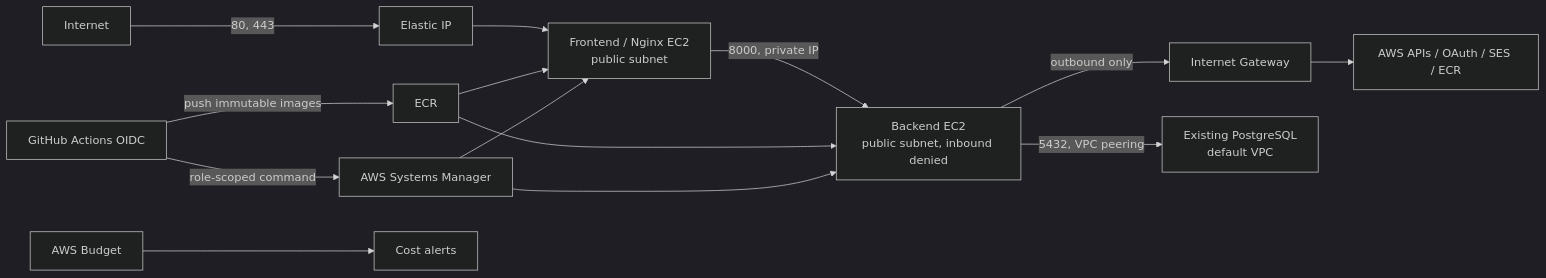
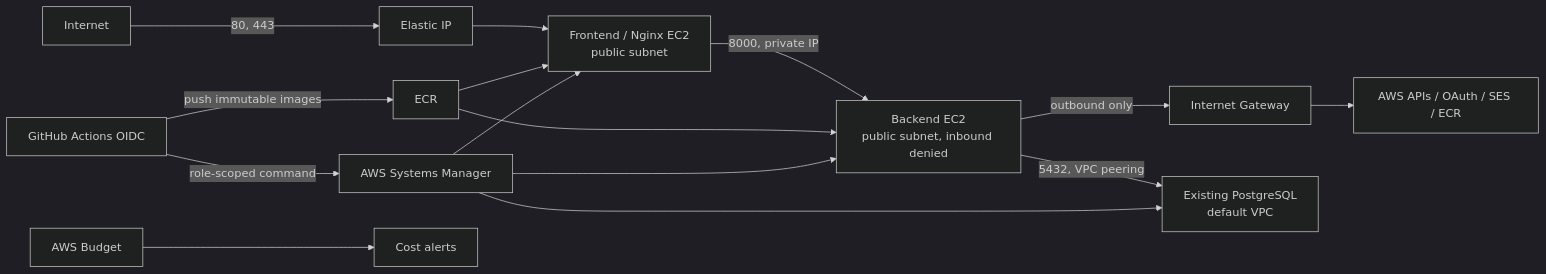
One commit to EugenePetrykeiev/Eclipcity.BoardGame changed the diagram in infrastructure-tf/README.md. Above: the diagram before and after it, drawn with Mermaid (dark theme). The commit also changed other lines of this file and 11 other files, not shown here.

````diff
--- a/infrastructure-tf/README.md
+++ b/infrastructure-tf/README.md
@@ -9,16 +9,17 @@
 ```mermaid
 flowchart LR
   internet[Internet] -->|80, 443| eip[Elastic IP]
   eip --> frontend[Frontend / Nginx EC2\npublic subnet]
   frontend -->|8000, private IP| backend[Backend EC2\npublic subnet, inbound denied]
   backend -->|outbound only| igw[Internet Gateway]
   igw --> aws[AWS APIs / OAuth / SES / ECR]
   github[GitHub Actions OIDC] -->|push immutable images| ecr[ECR]
   github -->|role-scoped command| ssm
   ecr --> frontend
   ecr --> backend
   backend -->|5432, VPC peering| db[Existing PostgreSQL\ndefault VPC]
   budget[AWS Budget] --> email[Cost alerts]
   ssm[AWS Systems Manager] --> frontend
   ssm --> backend
+  ssm --> db
 ```
````
